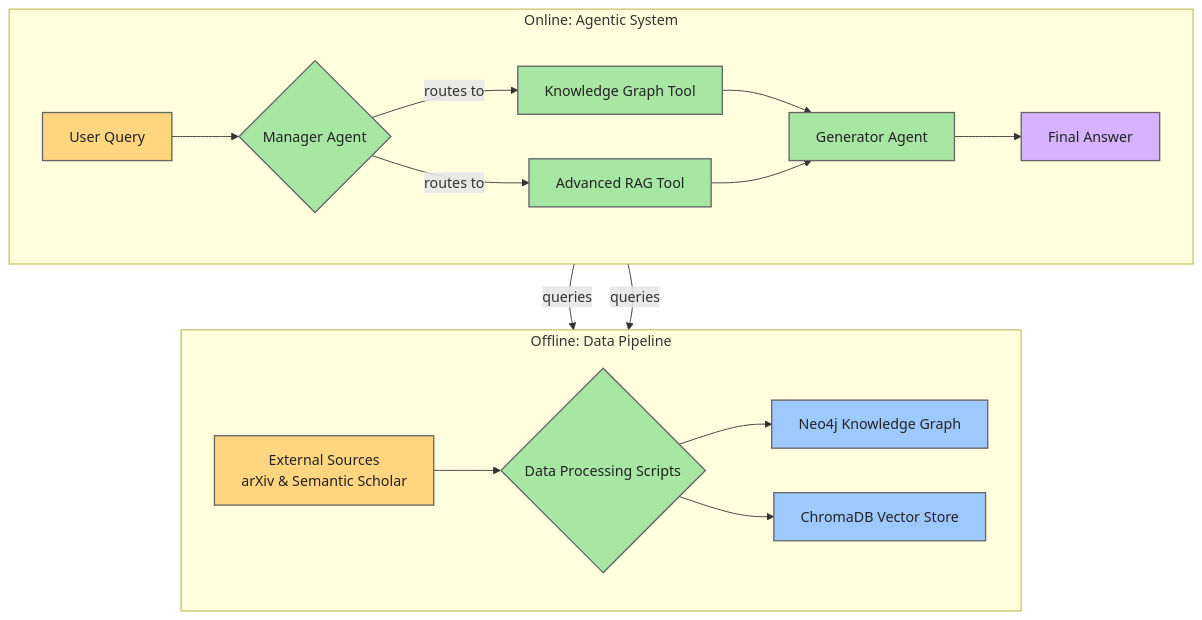
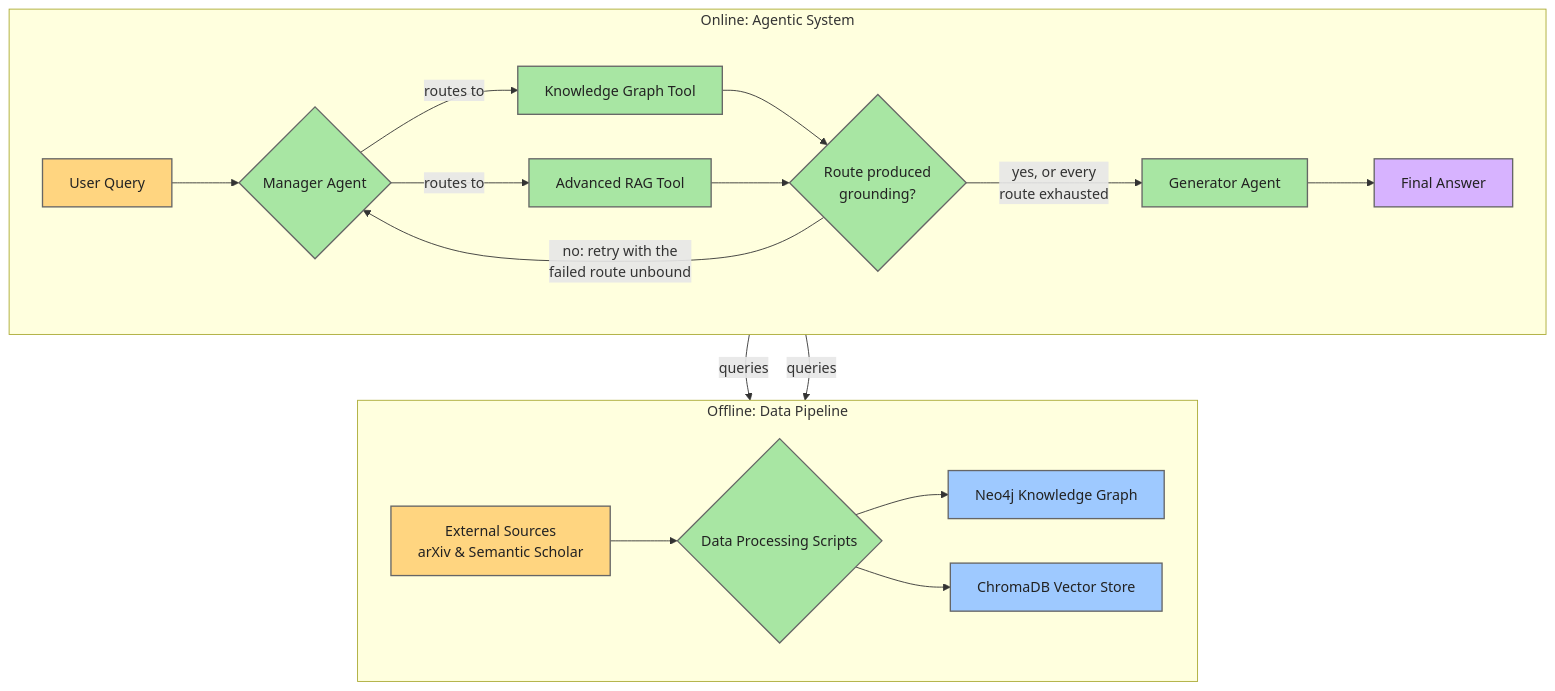
One commit to shilpamusale/scholar-agent changed the diagram in README.md. Above: the diagram before and after it, drawn with Mermaid. The commit also changed other lines of this file, not shown here.

First line of the commit message:
docs: document fallback routing and update architecture diagram (#21)

````diff
--- a/README.md
+++ b/README.md
@@ -37,33 +56,34 @@
 ```mermaid
 graph TD
     subgraph "Offline: Data Pipeline"
         direction LR
         A[External Sources <br> arXiv & Semantic Scholar] --> B{Data Processing Scripts};
         B --> C[Neo4j Knowledge Graph];
         B --> D[ChromaDB Vector Store];
     end
 
     subgraph "Online: Agentic System"
         direction LR
         E[User Query] --> F{Manager Agent};
         F -- routes to --> G[Knowledge Graph Tool];
         F -- routes to --> H[Advanced RAG Tool];
         G -- queries --> C;
         H -- queries --> D;
-        I[Generator Agent]
-        G --> I;
-        H --> I;
+        G --> K{Route produced<br>grounding?};
+        H --> K;
+        K -- no: retry with the<br>failed route unbound --> F;
+        K -- yes, or every<br>route exhausted --> I[Generator Agent];
         I --> J[Final Answer];
     end
 
     classDef source fill:#FFD580,stroke:#666,stroke-width:1.5px,color:#222;
     classDef process fill:#A8E6A3,stroke:#666,stroke-width:1.5px,color:#222;
     classDef storage fill:#9EC9FF,stroke:#666,stroke-width:1.5px,color:#222;
     classDef output fill:#D7B3FF,stroke:#666,stroke-width:1.5px,color:#222;
 
     class A,E source;
-    class B,F,G,H,I process;
+    class B,F,G,H,I,K process;
     class C,D storage;
     class J output;
 
 ```
````
